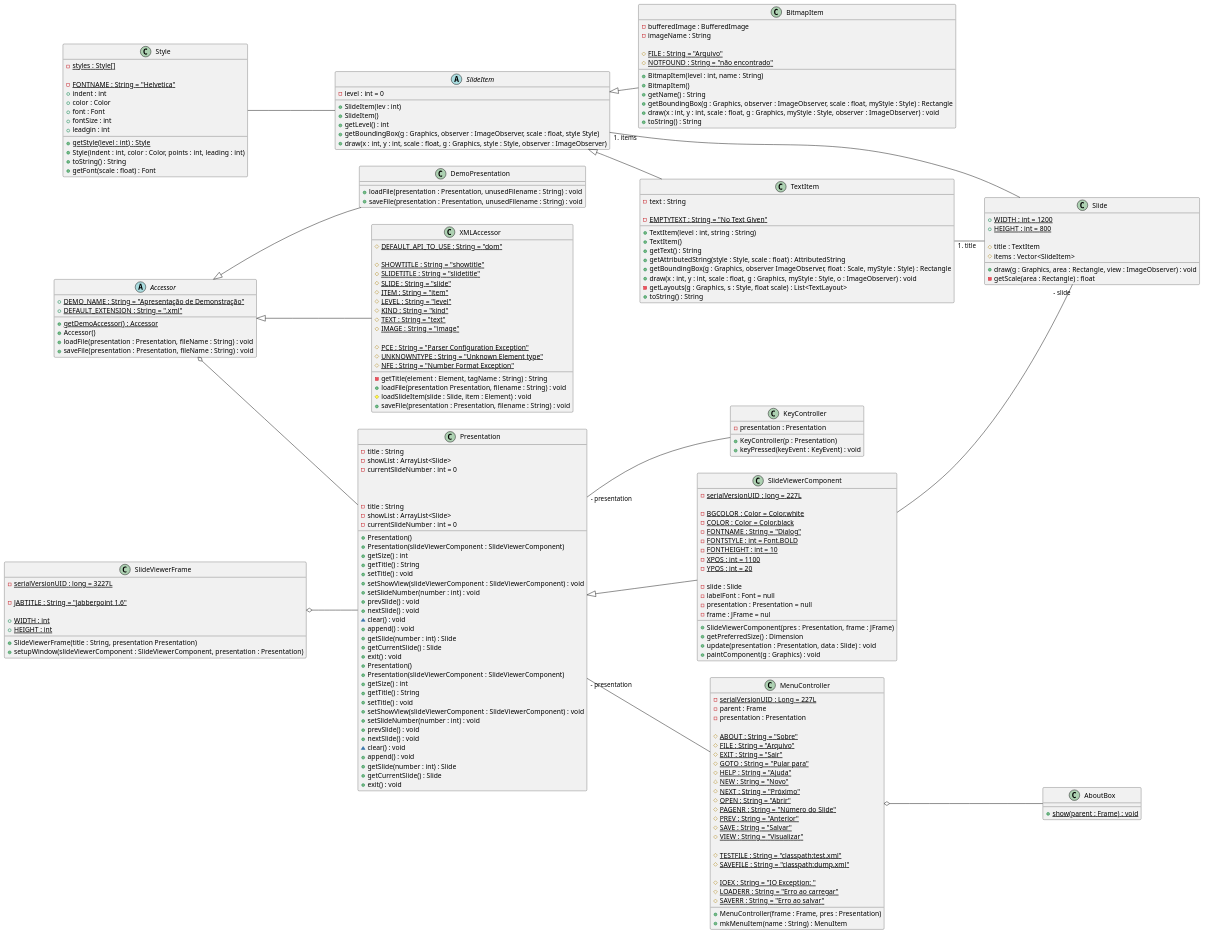
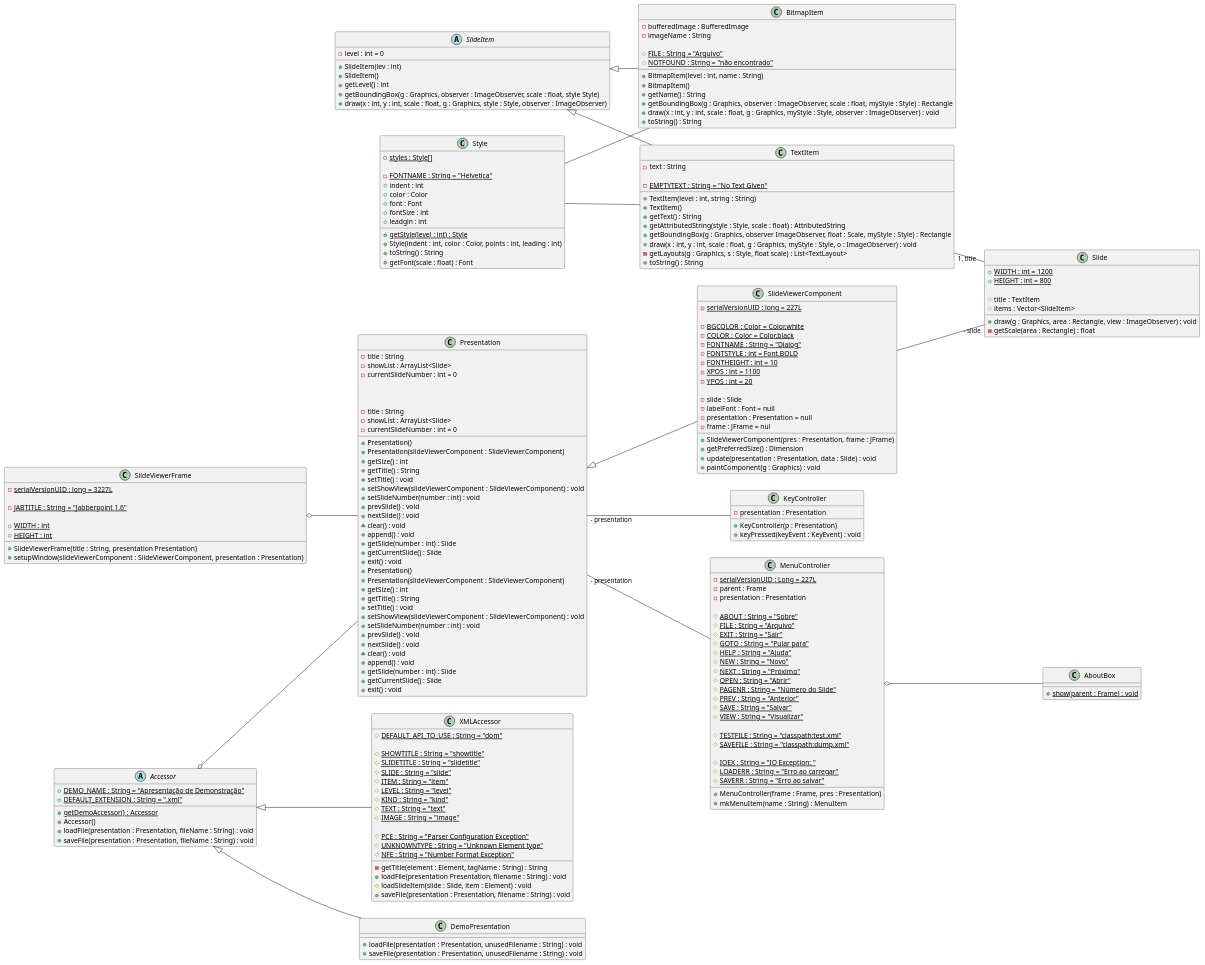
Before and after one commit to gabrielrtlima/diagramas-padroes-projeto: the diagram in classes/geral.puml, drawn with PlantUML. The commit also changed 5 other files, not shown here.

```diff
--- a/classes/geral.puml
+++ b/classes/geral.puml
@@ -261,8 +261,8 @@
 Presentation "- presentation" -- KeyController
 Presentation "- presentation" -- MenuController
 Presentation <|-- SlideViewerComponent
-SlideItem "# items" -- Slide
-Style -- SlideItem
+Style -- BitmapItem
+Style -- TextItem
 MenuController o-- AboutBox
 SlideViewerComponent -- "- slide" Slide
 TextItem "# title"-- Slide
```
